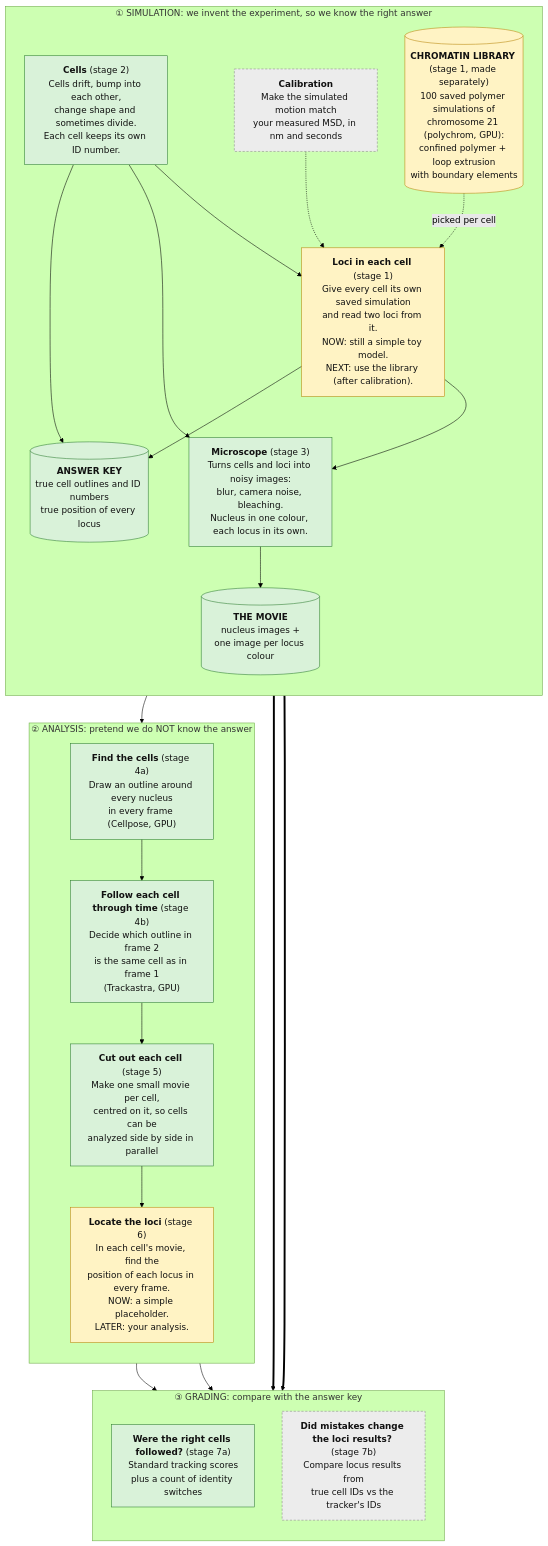
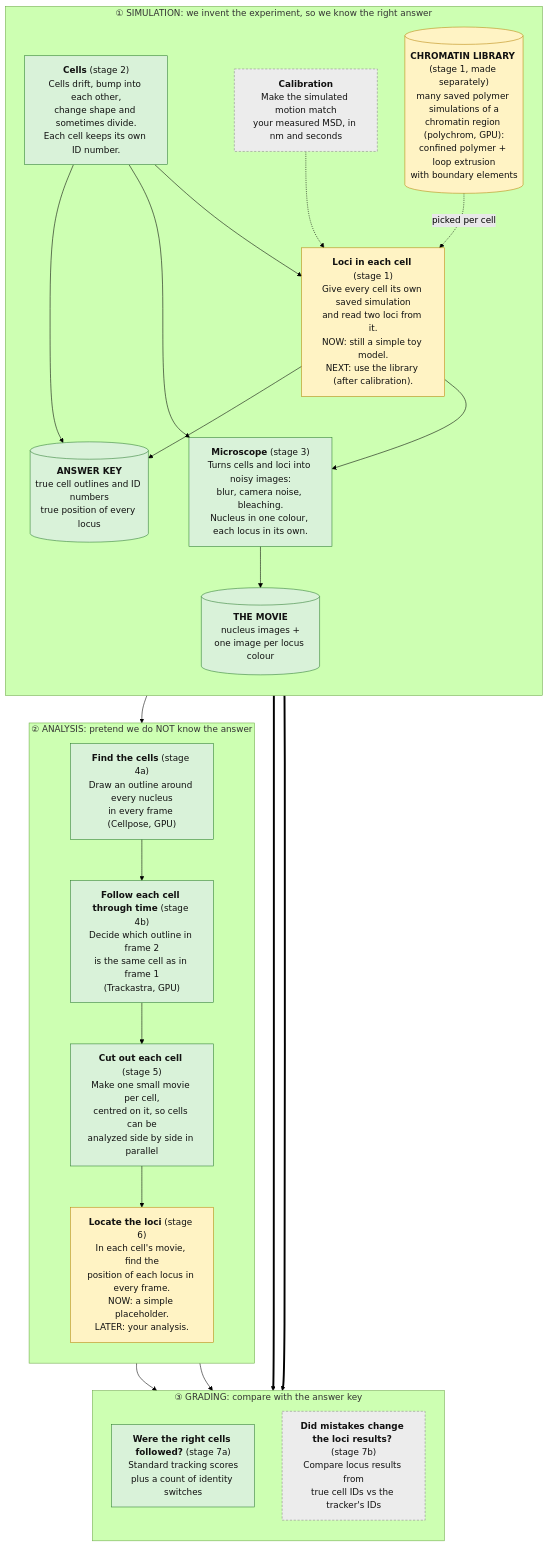
The second of 5 diagrams in docs/ARCHITECTURE.md (CHB-Bohrer/Sim_Live_Cell_Analysis), drawn with Mermaid (forest theme) before and after one commit. The commit also changed 12 other files, not shown here.

Commit message:
Fix frozen loop-extrusion bonds (pre-register bonds, switch by stiffness); GPU regression test; chromosome time viewer; generic library configs

````diff
--- a/docs/ARCHITECTURE.md
+++ b/docs/ARCHITECTURE.md
@@ -36,45 +36,45 @@
 ```mermaid
 flowchart TD
     subgraph SIM["① SIMULATION: we invent the experiment, so we know the right answer"]
         direction TB
         S2["<b>Cells</b> (stage 2)<br/>Cells drift, bump into each other,<br/>change shape and sometimes divide.<br/>Each cell keeps its own ID number."]:::built
-        LIB[("<b>CHROMATIN LIBRARY</b> (stage 1, made separately)<br/>100 saved polymer simulations of<br/>chromosome 21 (polychrom, GPU):<br/>confined polymer + loop extrusion<br/>with boundary elements")]:::standin
+        LIB[("<b>CHROMATIN LIBRARY</b> (stage 1, made separately)<br/>many saved polymer simulations of a<br/>chromatin region (polychrom, GPU):<br/>confined polymer + loop extrusion<br/>with boundary elements")]:::standin
         S1["<b>Loci in each cell</b> (stage 1)<br/>Give every cell its own saved simulation<br/>and read two loci from it.<br/>NOW: still a simple toy model.<br/>NEXT: use the library (after calibration)."]:::standin
         CAL["<b>Calibration</b><br/>Make the simulated motion match<br/>your measured MSD, in nm and seconds"]:::planned
         S3["<b>Microscope</b> (stage 3)<br/>Turns cells and loci into noisy images:<br/>blur, camera noise, bleaching.<br/>Nucleus in one colour, each locus in its own."]:::built
         TRUTH[("<b>ANSWER KEY</b><br/>true cell outlines and ID numbers<br/>true position of every locus")]:::built
         MOVIE[("<b>THE MOVIE</b><br/>nucleus images +<br/>one image per locus colour")]:::built
     end
 
     subgraph ANA["② ANALYSIS: pretend we do NOT know the answer"]
         direction TB
         S4A["<b>Find the cells</b> (stage 4a)<br/>Draw an outline around every nucleus<br/>in every frame (Cellpose, GPU)"]:::built
         S4B["<b>Follow each cell through time</b> (stage 4b)<br/>Decide which outline in frame 2<br/>is the same cell as in frame 1<br/>(Trackastra, GPU)"]:::built
         S5["<b>Cut out each cell</b> (stage 5)<br/>Make one small movie per cell,<br/>centred on it, so cells can be<br/>analyzed side by side in parallel"]:::built
         S6["<b>Locate the loci</b> (stage 6)<br/>In each cell's movie, find the<br/>position of each locus in every frame.<br/>NOW: a simple placeholder.<br/>LATER: your analysis."]:::standin
     end
 
     subgraph GRADE["③ GRADING: compare with the answer key"]
         direction TB
         S7A["<b>Were the right cells followed?</b> (stage 7a)<br/>Standard tracking scores<br/>plus a count of identity switches"]:::built
         S7B["<b>Did mistakes change the loci results?</b> (stage 7b)<br/>Compare locus results from<br/>true cell IDs vs the tracker's IDs"]:::planned
     end
 
     CAL -.-> S1
     LIB -.->|"picked per cell"| S1
     S2 --> S1
     S1 --> S3
     S2 --> S3
     S3 --> MOVIE
     S2 --> TRUTH
     S1 --> TRUTH
     MOVIE --> S4A --> S4B --> S5 --> S6
     S4B --> S7A
     S6 --> S7B
     TRUTH ==> S7A
     TRUTH ==> S7B
 
     classDef built fill:#d9f2d9,stroke:#2e7d32,color:#111;
     classDef standin fill:#fff3c4,stroke:#b8860b,color:#111;
     classDef planned fill:#ececec,stroke:#888,stroke-dasharray: 4 3,color:#111;
 ```
````
